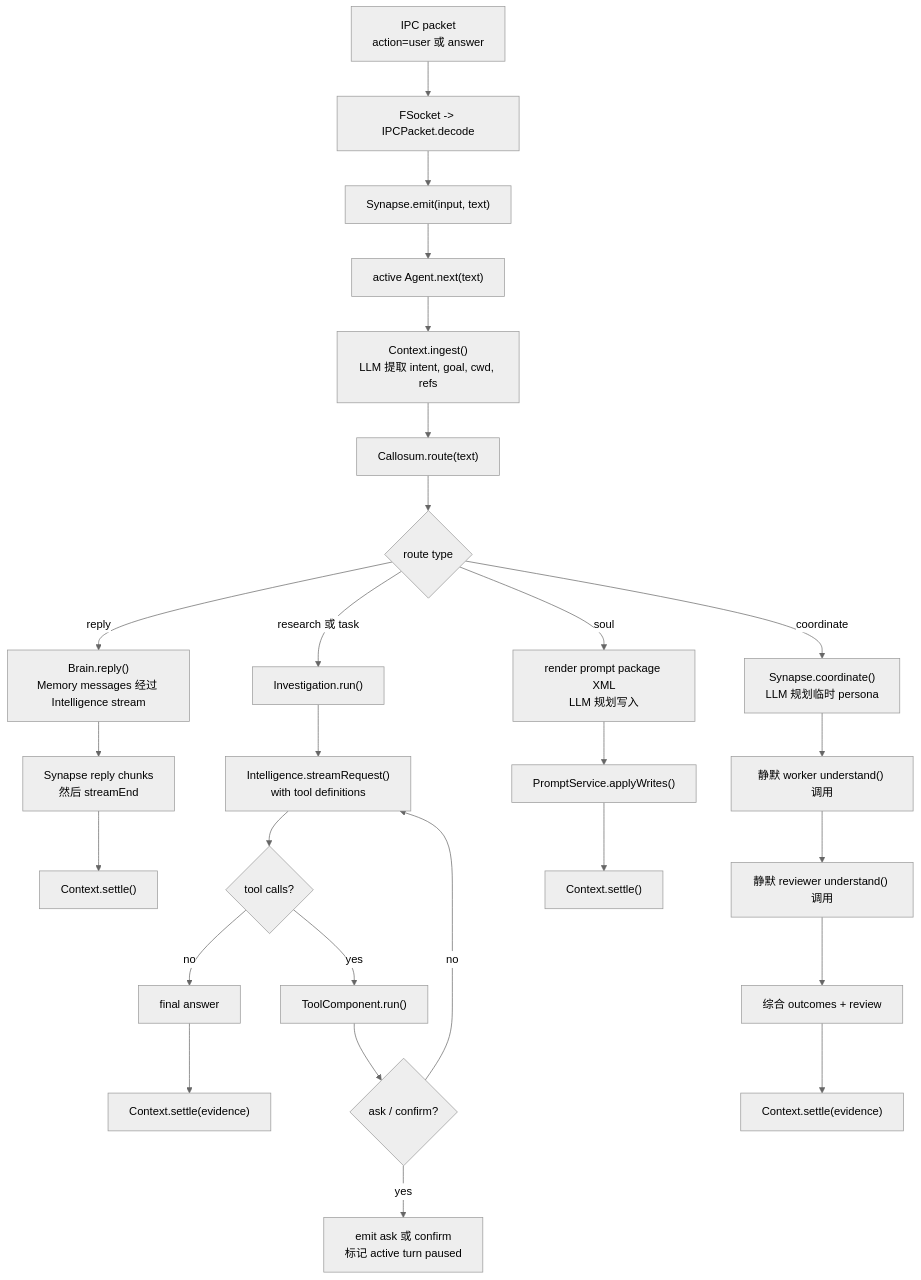
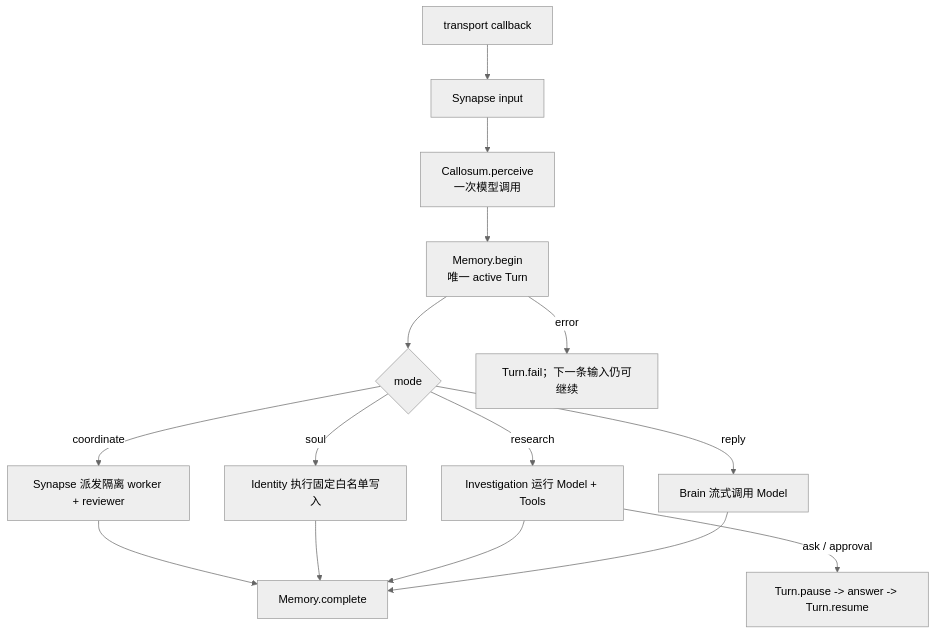
One commit to flyflor/flyflor changed the second of 2 diagrams in README.zh.cn.md. Above: the diagram before and after it, drawn with Mermaid (neutral theme). The commit also changed other lines of this file and 5 other files, not shown here.

First line of the commit message:
docs: record the lifeform architecture

````diff
--- a/README.zh.cn.md
+++ b/README.zh.cn.md
@@ -74,33 +51,17 @@
 ```mermaid
 flowchart TD
-    User["IPC packet<br/>action=user 或 answer"] --> Decode["FSocket -> IPCPacket.decode"]
-    Decode --> Input["Synapse.emit(input, text)"]
-    Input --> AgentNext["active Agent.next(text)"]
-    AgentNext --> Ingest["Context.ingest()<br/>LLM 提取 intent, goal, cwd, refs"]
-    Ingest --> Route["Callosum.route(text)"]
-
-    Route --> Choice{"route type"}
-    Choice -- reply --> Reply["Brain.reply()<br/>Memory messages 经过 Intelligence stream"]
-    Reply --> ReplyOut["Synapse reply chunks<br/>然后 streamEnd"]
-    ReplyOut --> Settle1["Context.settle()"]
-
-    Choice -- research 或 task --> Research["Investigation.run()"]
-    Research --> LlmTools["Intelligence.streamRequest()<br/>with tool definitions"]
-    LlmTools --> HasAction{"tool calls?"}
-    HasAction -- no --> FinalAnswer["final answer"]
-    HasAction -- yes --> RunTool["ToolComponent.run()"]
-    RunTool --> Pause{"ask / confirm?"}
-    Pause -- yes --> UserPause["emit ask 或 confirm<br/>标记 active turn paused"]
-    Pause -- no --> LlmTools
-    FinalAnswer --> Settle2["Context.settle(evidence)"]
-
-    Choice -- soul --> Soul["render prompt package XML<br/>LLM 规划写入"]
-    Soul --> Apply["PromptService.applyWrites()"]
-    Apply --> Settle3["Context.settle()"]
-
-    Choice -- coordinate --> Coordinate["Synapse.coordinate()<br/>LLM 规划临时 persona"]
-    Coordinate --> Workers["静默 worker understand() 调用"]
-    Workers --> Review["静默 reviewer understand() 调用"]
-    Review --> Synthesis["综合 outcomes + review"]
-    Synthesis --> Settle4["Context.settle(evidence)"]
+    Input["transport callback"] --> Synapse["Synapse input"]
+    Synapse --> Perceive["Callosum.perceive<br/>一次模型调用"]
+    Perceive --> Turn["Memory.begin<br/>唯一 active Turn"]
+    Turn --> Mode{"mode"}
+    Mode -->|reply| Reply["Brain 流式调用 Model"]
+    Mode -->|research| Research["Investigation 运行 Model + Tools"]
+    Mode -->|soul| Identity["Identity 执行固定白名单写入"]
+    Mode -->|coordinate| Coordinate["Synapse 派发隔离 worker + reviewer"]
+    Reply --> Complete["Memory.complete"]
+    Research --> Complete
+    Identity --> Complete
+    Coordinate --> Complete
+    Research -->|ask / approval| Pause["Turn.pause -> answer -> Turn.resume"]
+    Turn -->|error| Fail["Turn.fail；下一条输入仍可继续"]
 ```
````
